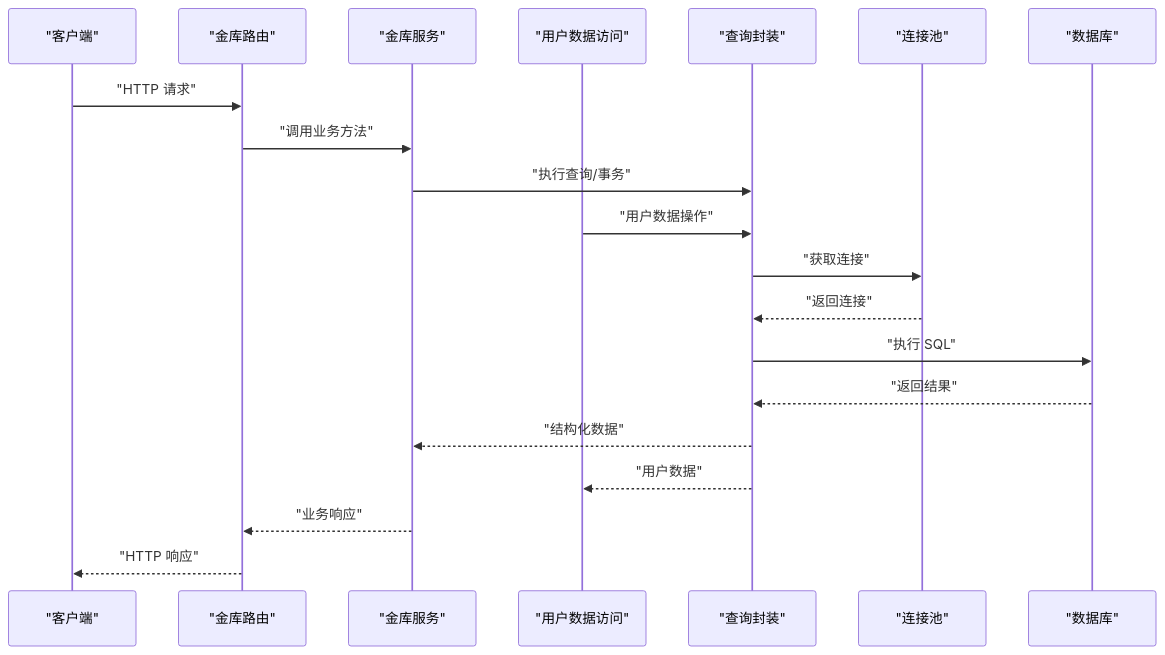
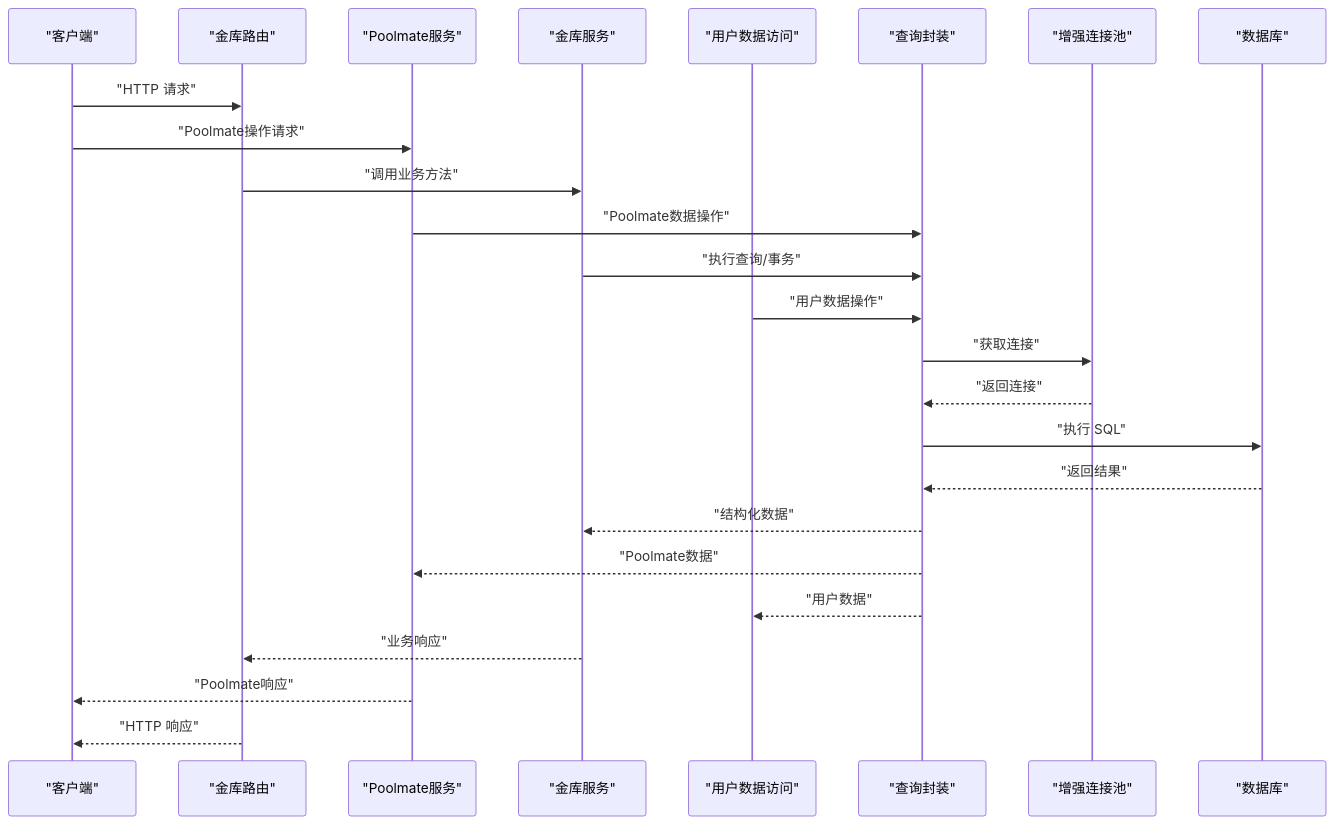
Before and after one commit to Maki3991/study-PactLedger: the second of 10 diagrams in .qoder/repowiki/zh/content/数据流与状态管理/数据持久化层.md, drawn with Mermaid. The commit also changed other lines of this file and 8 other files, not shown here.

````diff
--- a/.qoder/repowiki/zh/content/数据流与状态管理/数据持久化层.md
+++ b/.qoder/repowiki/zh/content/数据流与状态管理/数据持久化层.md
@@ -118,22 +151,27 @@
 ```mermaid
 sequenceDiagram
 participant Client as "客户端"
-participant Routes as "金库路由"
+participant TreasuryRoutes as "金库路由"
+participant PoolmateService as "Poolmate服务"
 participant Service as "金库服务"
 participant WebUsers as "用户数据访问"
 participant Queries as "查询封装"
-participant Pool as "连接池"
+participant Pool as "增强连接池"
 participant DB as "数据库"
-Client->>Routes : "HTTP 请求"
-Routes->>Service : "调用业务方法"
+Client->>TreasuryRoutes : "HTTP 请求"
+Client->>PoolmateService : "Poolmate操作请求"
+TreasuryRoutes->>Service : "调用业务方法"
+PoolmateService->>Queries : "Poolmate数据操作"
 Service->>Queries : "执行查询/事务"
 WebUsers->>Queries : "用户数据操作"
 Queries->>Pool : "获取连接"
 Pool-->>Queries : "返回连接"
 Queries->>DB : "执行 SQL"
 DB-->>Queries : "返回结果"
 Queries-->>Service : "结构化数据"
+Queries-->>PoolmateService : "Poolmate数据"
 Queries-->>WebUsers : "用户数据"
-Service-->>Routes : "业务响应"
-Routes-->>Client : "HTTP 响应"
+Service-->>TreasuryRoutes : "业务响应"
+PoolmateService-->>Client : "Poolmate响应"
+TreasuryRoutes-->>Client : "HTTP 响应"
 ```
````
